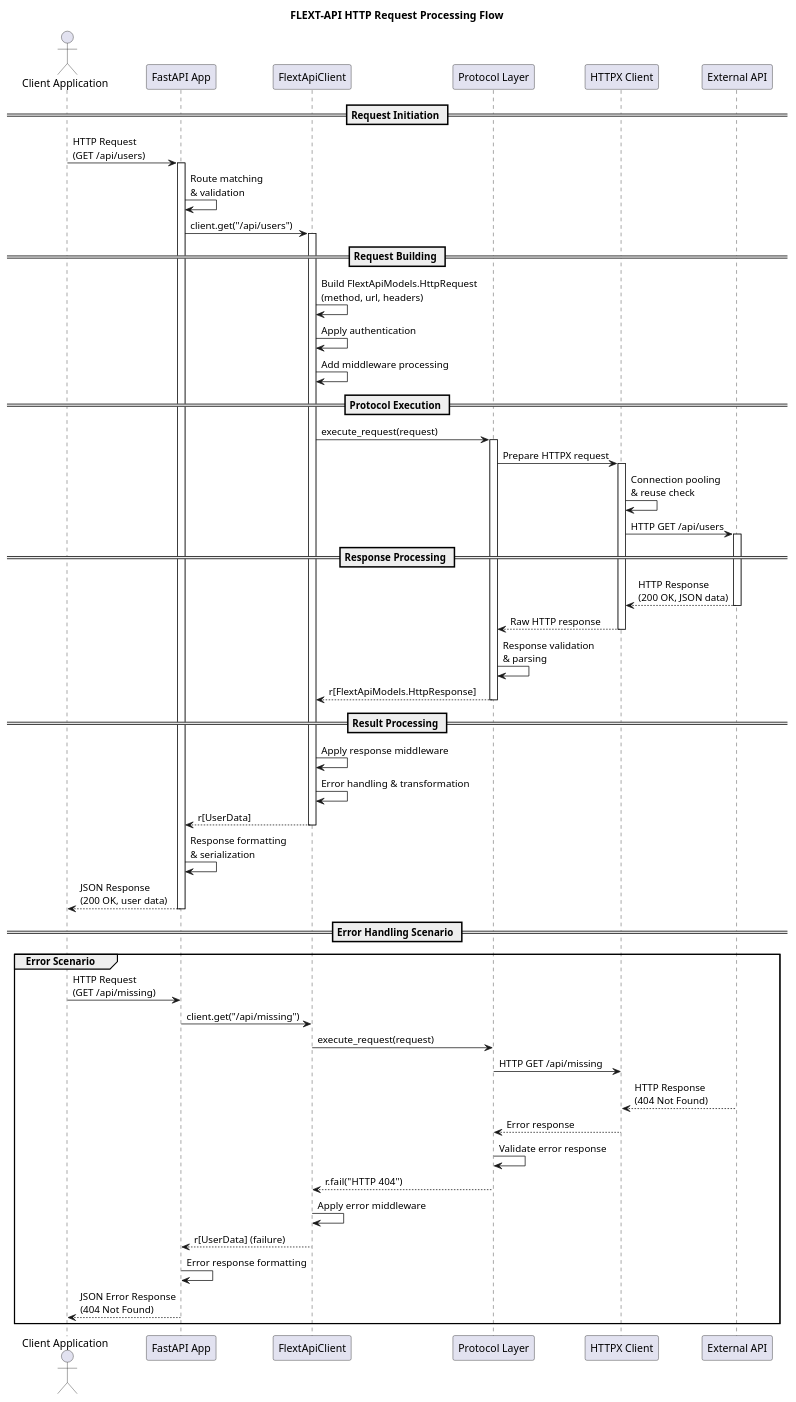
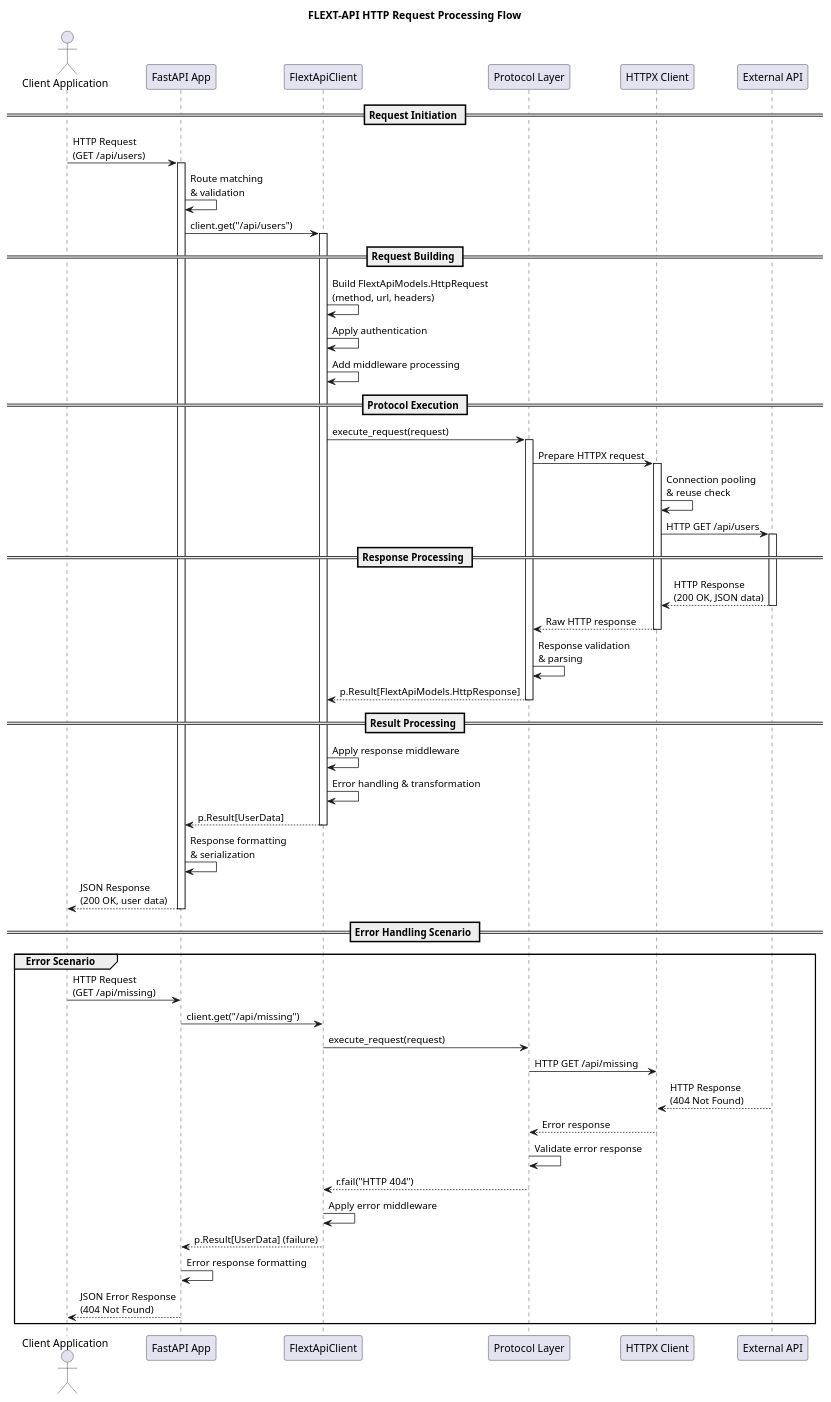
The diagram in docs/architecture/diagrams/http-request-flow.puml (flext-sh/flext-api), drawn with PlantUML before and after one commit. The commit also changed 23 other files, not shown here.

```diff
--- a/docs/architecture/diagrams/http-request-flow.puml
+++ b/docs/architecture/diagrams/http-request-flow.puml
@@ -1,76 +1,76 @@
 @startuml HTTP Request Flow
 title FLEXT-API HTTP Request Processing Flow
 
 actor "Client Application" as Client
 participant "FastAPI App" as FastAPI
 participant "FlextApiClient" as ClientLib
 participant "Protocol Layer" as Protocol
 participant "HTTPX Client" as HTTPX
 participant "External API" as External
 
 == Request Initiation ==
 Client -> FastAPI: HTTP Request\n(GET /api/users)
 activate FastAPI
 
 FastAPI -> FastAPI: Route matching\n& validation
 FastAPI -> ClientLib: client.get("/api/users")
 activate ClientLib
 
 == Request Building ==
 ClientLib -> ClientLib: Build FlextApiModels.HttpRequest\n(method, url, headers)
 ClientLib -> ClientLib: Apply authentication
 ClientLib -> ClientLib: Add middleware processing
 
 == Protocol Execution ==
 ClientLib -> Protocol: execute_request(request)
 activate Protocol
 
 Protocol -> HTTPX: Prepare HTTPX request
 activate HTTPX
 
 HTTPX -> HTTPX: Connection pooling\n& reuse check
 HTTPX -> External: HTTP GET /api/users
 activate External
 
 == Response Processing ==
 External --> HTTPX: HTTP Response\n(200 OK, JSON data)
 deactivate External
 
 HTTPX --> Protocol: Raw HTTP response
 deactivate HTTPX
 
 Protocol -> Protocol: Response validation\n& parsing
-Protocol --> ClientLib: r[FlextApiModels.HttpResponse]
+Protocol --> ClientLib: p.Result[FlextApiModels.HttpResponse]
 deactivate Protocol
 
 == Result Processing ==
 ClientLib -> ClientLib: Apply response middleware
 ClientLib -> ClientLib: Error handling & transformation
-ClientLib --> FastAPI: r[UserData]
+ClientLib --> FastAPI: p.Result[UserData]
 deactivate ClientLib
 
 FastAPI -> FastAPI: Response formatting\n& serialization
 FastAPI --> Client: JSON Response\n(200 OK, user data)
 deactivate FastAPI
 
 == Error Handling Scenario ==
 group Error Scenario
     Client -> FastAPI: HTTP Request\n(GET /api/missing)
     FastAPI -> ClientLib: client.get("/api/missing")
 
     ClientLib -> Protocol: execute_request(request)
     Protocol -> HTTPX: HTTP GET /api/missing
     External --> HTTPX: HTTP Response\n(404 Not Found)
 
     HTTPX --> Protocol: Error response
     Protocol -> Protocol: Validate error response
     Protocol --> ClientLib: r.fail("HTTP 404")
 
     ClientLib -> ClientLib: Apply error middleware
-    ClientLib --> FastAPI: r[UserData] (failure)
+    ClientLib --> FastAPI: p.Result[UserData] (failure)
 
     FastAPI -> FastAPI: Error response formatting
     FastAPI --> Client: JSON Error Response\n(404 Not Found)
 end
 
 @enduml
```
